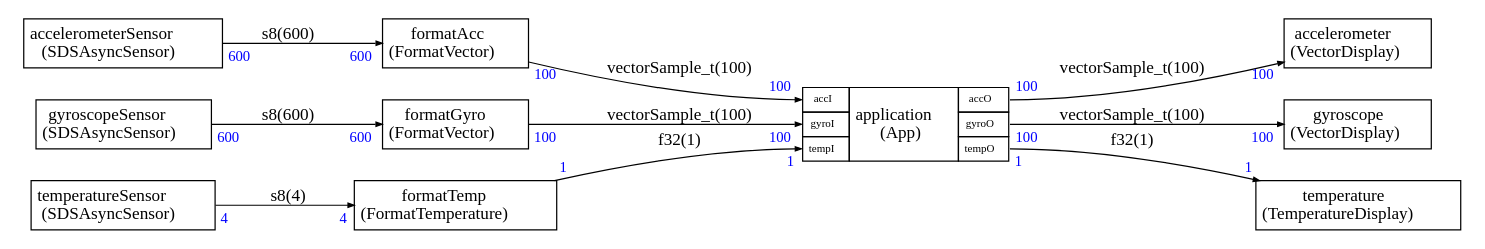
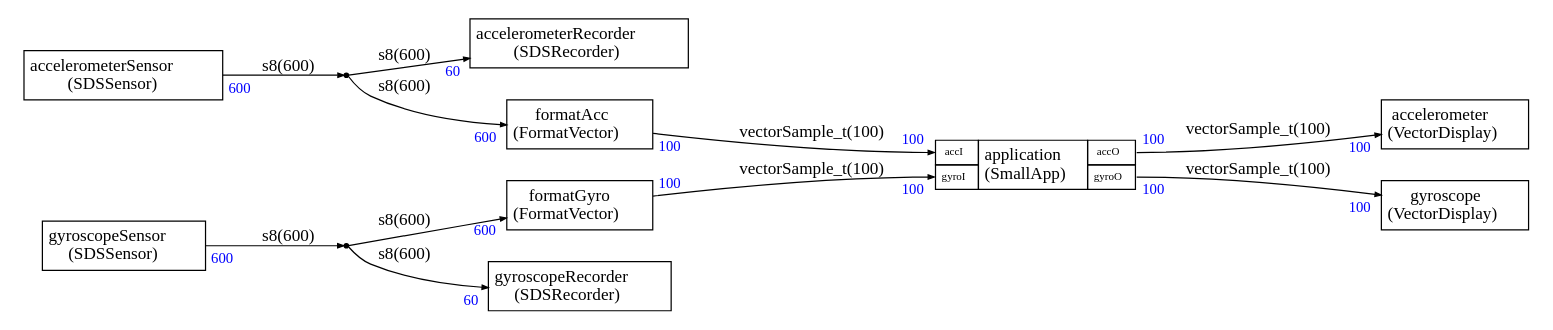
Before and after one commit to christophe0606/SDS-Framework: the diagram in demo/Stream/demo.dot, drawn with Graphviz. The commit also changed 20 other files, not shown here.

```diff
--- a/demo/Stream/demo.dot
+++ b/demo/Stream/demo.dot
@@ -1,152 +1,151 @@
 
 
 
 
 digraph structs {
     node [shape=plaintext]
     rankdir=LR
     edge [arrowsize=0.5]
     fontname="times"
 
 
 accelerometer [label=<
 <TABLE BORDER="0" CELLBORDER="1" CELLSPACING="0" CELLPADDING="4">
   <TR>
     <TD ALIGN="CENTER" PORT="i">accelerometer<BR/>(VectorDisplay)</TD>
   </TR>
 </TABLE>>];
 
+accelerometerRecorder [label=<
+<TABLE BORDER="0" CELLBORDER="1" CELLSPACING="0" CELLPADDING="4">
+  <TR>
+    <TD ALIGN="CENTER" PORT="i">accelerometerRecorder<BR/>(SDSRecorder)</TD>
+  </TR>
+</TABLE>>];
+
 accelerometerSensor [label=<
 <TABLE BORDER="0" CELLBORDER="1" CELLSPACING="0" CELLPADDING="4">
   <TR>
-    <TD ALIGN="CENTER" PORT="i">accelerometerSensor<BR/>(SDSAsyncSensor)</TD>
+    <TD ALIGN="CENTER" PORT="i">accelerometerSensor<BR/>(SDSSensor)</TD>
   </TR>
 </TABLE>>];
 
 
 application [label=<
 <TABLE BORDER="0" CELLBORDER="1" CELLSPACING="0" CELLPADDING="4">
   <TR>
     <TD PORT="accI"><FONT POINT-SIZE="9.0">accI</FONT></TD>
-    <TD ALIGN="CENTER" ROWSPAN="3">application<BR/>(App)</TD>
+    <TD ALIGN="CENTER" ROWSPAN="2">application<BR/>(SmallApp)</TD>
     <TD PORT="accO"><FONT POINT-SIZE="9.0">accO</FONT></TD>
   </TR>
 <TR>
 <TD PORT="gyroI"><FONT POINT-SIZE="9.0">gyroI</FONT></TD>
 
 <TD PORT="gyroO"><FONT POINT-SIZE="9.0">gyroO</FONT></TD>
-</TR><TR>
-<TD PORT="tempI"><FONT POINT-SIZE="9.0">tempI</FONT></TD>
-
-<TD PORT="tempO"><FONT POINT-SIZE="9.0">tempO</FONT></TD>
 </TR>
 
 </TABLE>>];
+
+dup0 [shape=point,label=dup0]
+
+dup1 [shape=point,label=dup1]
 
 formatAcc [label=<
 <TABLE BORDER="0" CELLBORDER="1" CELLSPACING="0" CELLPADDING="4">
   <TR>
     <TD ALIGN="CENTER" PORT="i">formatAcc<BR/>(FormatVector)</TD>
   </TR>
 </TABLE>>];
 
 formatGyro [label=<
 <TABLE BORDER="0" CELLBORDER="1" CELLSPACING="0" CELLPADDING="4">
   <TR>
     <TD ALIGN="CENTER" PORT="i">formatGyro<BR/>(FormatVector)</TD>
   </TR>
 </TABLE>>];
 
-formatTemp [label=<
-<TABLE BORDER="0" CELLBORDER="1" CELLSPACING="0" CELLPADDING="4">
-  <TR>
-    <TD ALIGN="CENTER" PORT="i">formatTemp<BR/>(FormatTemperature)</TD>
-  </TR>
-</TABLE>>];
-
 gyroscope [label=<
 <TABLE BORDER="0" CELLBORDER="1" CELLSPACING="0" CELLPADDING="4">
   <TR>
     <TD ALIGN="CENTER" PORT="i">gyroscope<BR/>(VectorDisplay)</TD>
   </TR>
 </TABLE>>];
 
+gyroscopeRecorder [label=<
+<TABLE BORDER="0" CELLBORDER="1" CELLSPACING="0" CELLPADDING="4">
+  <TR>
+    <TD ALIGN="CENTER" PORT="i">gyroscopeRecorder<BR/>(SDSRecorder)</TD>
+  </TR>
+</TABLE>>];
+
 gyroscopeSensor [label=<
 <TABLE BORDER="0" CELLBORDER="1" CELLSPACING="0" CELLPADDING="4">
   <TR>
-    <TD ALIGN="CENTER" PORT="i">gyroscopeSensor<BR/>(SDSAsyncSensor)</TD>
-  </TR>
-</TABLE>>];
-
-temperature [label=<
-<TABLE BORDER="0" CELLBORDER="1" CELLSPACING="0" CELLPADDING="4">
-  <TR>
-    <TD ALIGN="CENTER" PORT="i">temperature<BR/>(TemperatureDisplay)</TD>
-  </TR>
-</TABLE>>];
-
-temperatureSensor [label=<
-<TABLE BORDER="0" CELLBORDER="1" CELLSPACING="0" CELLPADDING="4">
-  <TR>
-    <TD ALIGN="CENTER" PORT="i">temperatureSensor<BR/>(SDSAsyncSensor)</TD>
+    <TD ALIGN="CENTER" PORT="i">gyroscopeSensor<BR/>(SDSSensor)</TD>
   </TR>
 </TABLE>>];
 
 
-
-accelerometerSensor:i -> formatAcc:i [label="s8(600)"
-,headlabel=<<TABLE BORDER="0" CELLPADDING="2"><TR><TD><FONT COLOR="blue" POINT-SIZE="12.0" >600</FONT>
-</TD></TR></TABLE>>
-,taillabel=<<TABLE BORDER="0" CELLPADDING="2"><TR><TD><FONT COLOR="blue" POINT-SIZE="12.0" >600</FONT>
-</TD></TR></TABLE>>]
-
-gyroscopeSensor:i -> formatGyro:i [label="s8(600)"
-,headlabel=<<TABLE BORDER="0" CELLPADDING="2"><TR><TD><FONT COLOR="blue" POINT-SIZE="12.0" >600</FONT>
-</TD></TR></TABLE>>
-,taillabel=<<TABLE BORDER="0" CELLPADDING="2"><TR><TD><FONT COLOR="blue" POINT-SIZE="12.0" >600</FONT>
-</TD></TR></TABLE>>]
-
-temperatureSensor:i -> formatTemp:i [label="s8(4)"
-,headlabel=<<TABLE BORDER="0" CELLPADDING="2"><TR><TD><FONT COLOR="blue" POINT-SIZE="12.0" >4</FONT>
-</TD></TR></TABLE>>
-,taillabel=<<TABLE BORDER="0" CELLPADDING="2"><TR><TD><FONT COLOR="blue" POINT-SIZE="12.0" >4</FONT>
-</TD></TR></TABLE>>]
 
 formatAcc:i -> application:accI [label="vectorSample_t(100)"
 ,headlabel=<<TABLE BORDER="0" CELLPADDING="2"><TR><TD><FONT COLOR="blue" POINT-SIZE="12.0" >100</FONT>
 </TD></TR></TABLE>>
 ,taillabel=<<TABLE BORDER="0" CELLPADDING="2"><TR><TD><FONT COLOR="blue" POINT-SIZE="12.0" >100</FONT>
 </TD></TR></TABLE>>]
 
 formatGyro:i -> application:gyroI [label="vectorSample_t(100)"
 ,headlabel=<<TABLE BORDER="0" CELLPADDING="2"><TR><TD><FONT COLOR="blue" POINT-SIZE="12.0" >100</FONT>
 </TD></TR></TABLE>>
 ,taillabel=<<TABLE BORDER="0" CELLPADDING="2"><TR><TD><FONT COLOR="blue" POINT-SIZE="12.0" >100</FONT>
-</TD></TR></TABLE>>]
-
-formatTemp:i -> application:tempI [label="f32(1)"
-,headlabel=<<TABLE BORDER="0" CELLPADDING="2"><TR><TD><FONT COLOR="blue" POINT-SIZE="12.0" >1</FONT>
-</TD></TR></TABLE>>
-,taillabel=<<TABLE BORDER="0" CELLPADDING="2"><TR><TD><FONT COLOR="blue" POINT-SIZE="12.0" >1</FONT>
 </TD></TR></TABLE>>]
 
 application:accO -> accelerometer:i [label="vectorSample_t(100)"
 ,headlabel=<<TABLE BORDER="0" CELLPADDING="2"><TR><TD><FONT COLOR="blue" POINT-SIZE="12.0" >100</FONT>
 </TD></TR></TABLE>>
 ,taillabel=<<TABLE BORDER="0" CELLPADDING="2"><TR><TD><FONT COLOR="blue" POINT-SIZE="12.0" >100</FONT>
 </TD></TR></TABLE>>]
 
 application:gyroO -> gyroscope:i [label="vectorSample_t(100)"
 ,headlabel=<<TABLE BORDER="0" CELLPADDING="2"><TR><TD><FONT COLOR="blue" POINT-SIZE="12.0" >100</FONT>
 </TD></TR></TABLE>>
 ,taillabel=<<TABLE BORDER="0" CELLPADDING="2"><TR><TD><FONT COLOR="blue" POINT-SIZE="12.0" >100</FONT>
 </TD></TR></TABLE>>]
 
-application:tempO -> temperature:i [label="f32(1)"
-,headlabel=<<TABLE BORDER="0" CELLPADDING="2"><TR><TD><FONT COLOR="blue" POINT-SIZE="12.0" >1</FONT>
+accelerometerSensor:i ->  
+dup0 [label="s8(600)"
+
+,taillabel=<<TABLE BORDER="0" CELLPADDING="2"><TR><TD><FONT COLOR="blue" POINT-SIZE="12.0" >600</FONT>
+</TD></TR></TABLE>>]
+
+ 
+dup0 -> formatAcc:i [label="s8(600)"
+,headlabel=<<TABLE BORDER="0" CELLPADDING="2"><TR><TD><FONT COLOR="blue" POINT-SIZE="12.0" >600</FONT>
 </TD></TR></TABLE>>
-,taillabel=<<TABLE BORDER="0" CELLPADDING="2"><TR><TD><FONT COLOR="blue" POINT-SIZE="12.0" >1</FONT>
+]
+
+ 
+dup0 -> accelerometerRecorder:i [label="s8(600)"
+,headlabel=<<TABLE BORDER="0" CELLPADDING="2"><TR><TD><FONT COLOR="blue" POINT-SIZE="12.0" >60</FONT>
+</TD></TR></TABLE>>
+]
+
+gyroscopeSensor:i ->  
+dup1 [label="s8(600)"
+
+,taillabel=<<TABLE BORDER="0" CELLPADDING="2"><TR><TD><FONT COLOR="blue" POINT-SIZE="12.0" >600</FONT>
 </TD></TR></TABLE>>]
+
+ 
+dup1 -> formatGyro:i [label="s8(600)"
+,headlabel=<<TABLE BORDER="0" CELLPADDING="2"><TR><TD><FONT COLOR="blue" POINT-SIZE="12.0" >600</FONT>
+</TD></TR></TABLE>>
+]
+
+ 
+dup1 -> gyroscopeRecorder:i [label="s8(600)"
+,headlabel=<<TABLE BORDER="0" CELLPADDING="2"><TR><TD><FONT COLOR="blue" POINT-SIZE="12.0" >60</FONT>
+</TD></TR></TABLE>>
+]
 
 
 }
```
